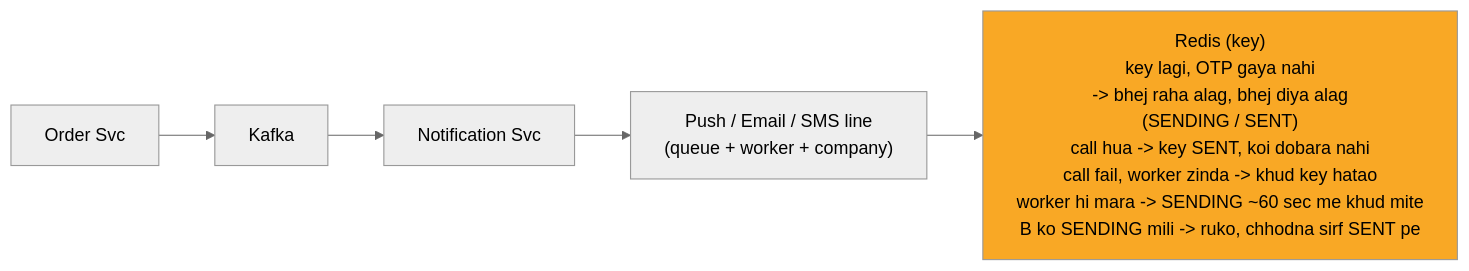
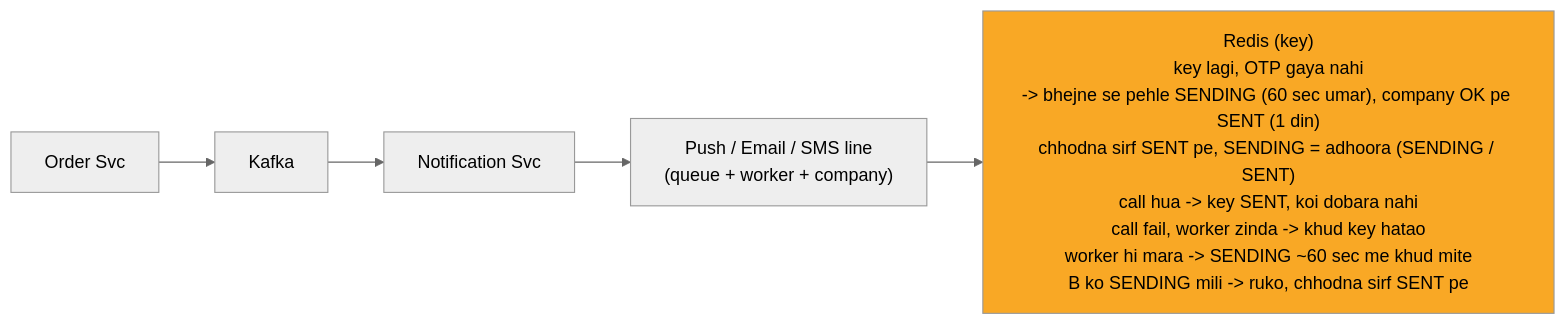
One commit to ArpanMaheshwari144/Prep changed the fifth of 13 diagrams in 04_HLD/SYSTEM_DESIGNS/04_notification_system/04_notification_system.md. Above: the diagram before and after it, drawn with Mermaid (neutral theme). The commit also changed other lines of this file and 13 other files, not shown here.

````diff
--- a/04_HLD/SYSTEM_DESIGNS/04_notification_system/04_notification_system.md
+++ b/04_HLD/SYSTEM_DESIGNS/04_notification_system/04_notification_system.md
@@ -208,14 +212,14 @@
 ```mermaid
 %%{init: {"flowchart": {"wrappingWidth": 450}}}%%
 flowchart LR
     n_Order_Svc["Order Svc"]
     n_Kafka["Kafka"]
     n_Notification_Svc["Notification Svc"]
     n_LINES["Push / Email / SMS line<br/>(queue + worker + company)"]
-    n_Redis["Redis (key)<br/>key lagi, OTP gaya nahi<br/>-> bhej raha alag, bhej diya alag<br/>(SENDING / SENT)<br/>call hua -> key SENT, koi dobara nahi<br/>call fail, worker zinda -> khud key hatao<br/>worker hi mara -> SENDING ~60 sec me khud mite<br/>B ko SENDING mili -> ruko, chhodna sirf SENT pe"]
+    n_Redis["Redis (key)<br/>key lagi, OTP gaya nahi<br/>-> bhejne se pehle SENDING (60 sec umar), company OK pe SENT (1 din)<br/>chhodna sirf SENT pe, SENDING = adhoora (SENDING / SENT)<br/>call hua -> key SENT, koi dobara nahi<br/>call fail, worker zinda -> khud key hatao<br/>worker hi mara -> SENDING ~60 sec me khud mite<br/>B ko SENDING mili -> ruko, chhodna sirf SENT pe"]
     n_Order_Svc --> n_Kafka
     n_Kafka --> n_Notification_Svc
     n_Notification_Svc --> n_LINES
     n_LINES --> n_Redis
     style n_Redis fill:#f9a825,color:#000
 ```
````
